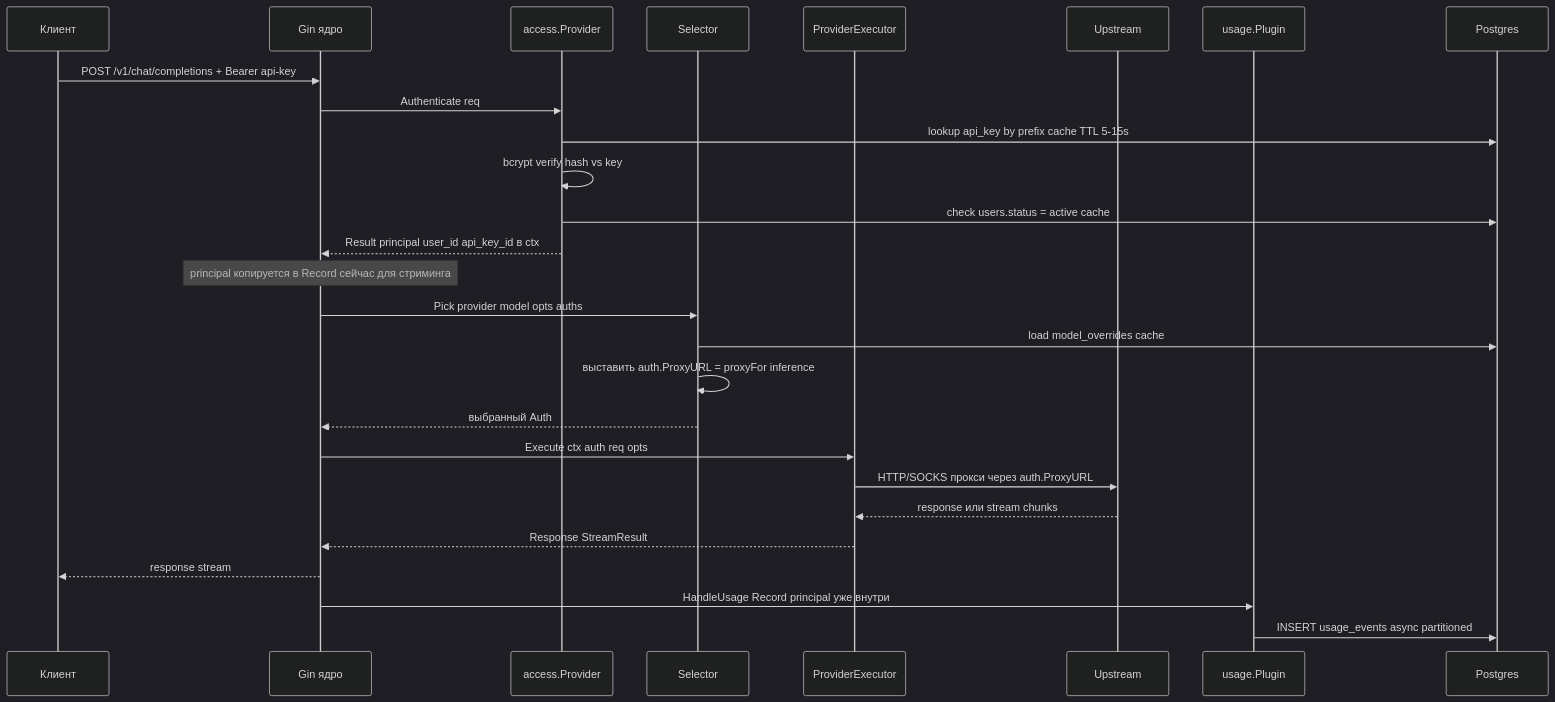
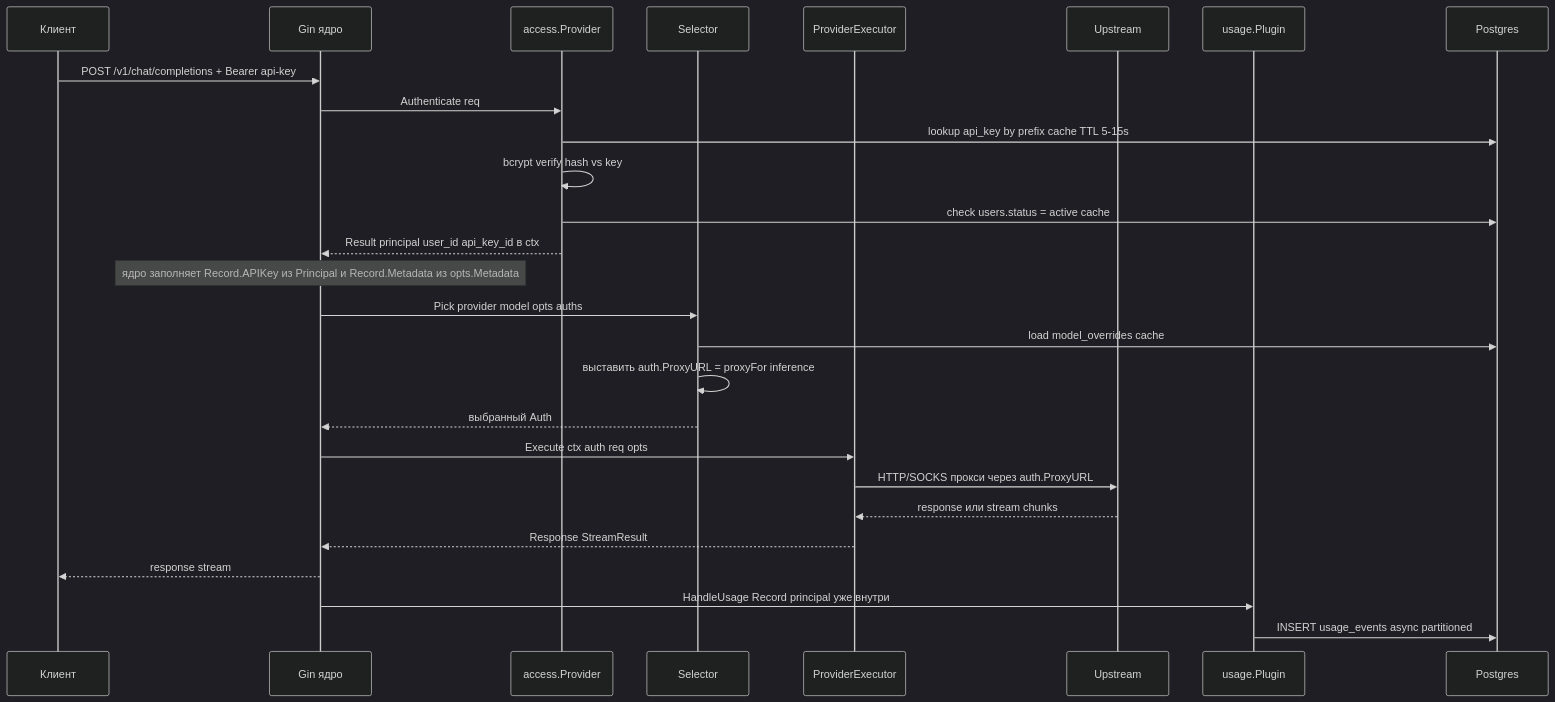
Before and after one commit to ilyast91/CLIProxyNew: the third of 7 diagrams in docs/architecture.md, drawn with Mermaid (dark theme). The commit also changed other lines of this file and 3 other files, not shown here.

````diff
--- a/docs/architecture.md
+++ b/docs/architecture.md
@@ -119,30 +119,30 @@
 ```mermaid
 sequenceDiagram
     participant App as Клиент
     participant Gin as Gin ядро
     participant AP as access.Provider
     participant Sel as Selector
     participant Exec as ProviderExecutor
     participant Up as Upstream
     participant USG as usage.Plugin
     participant DB as Postgres
 
     App->>Gin: POST /v1/chat/completions + Bearer api-key
     Gin->>AP: Authenticate req
     AP->>DB: lookup api_key by prefix cache TTL 5-15s
     AP->>AP: bcrypt verify hash vs key
     AP->>DB: check users.status = active cache
     AP-->>Gin: Result principal user_id api_key_id в ctx
-    Note over Gin: principal копируется в Record сейчас для стриминга
+    Note over Gin: ядро заполняет Record.APIKey из Principal и Record.Metadata из opts.Metadata
     Gin->>Sel: Pick provider model opts auths
     Sel->>DB: load model_overrides cache
     Sel->>Sel: выставить auth.ProxyURL = proxyFor inference
     Sel-->>Gin: выбранный Auth
     Gin->>Exec: Execute ctx auth req opts
     Exec->>Up: HTTP/SOCKS прокси через auth.ProxyURL
     Up-->>Exec: response или stream chunks
     Exec-->>Gin: Response StreamResult
     Gin-->>App: response stream
     Gin->>USG: HandleUsage Record principal уже внутри
     USG->>DB: INSERT usage_events async partitioned
 ```
````
